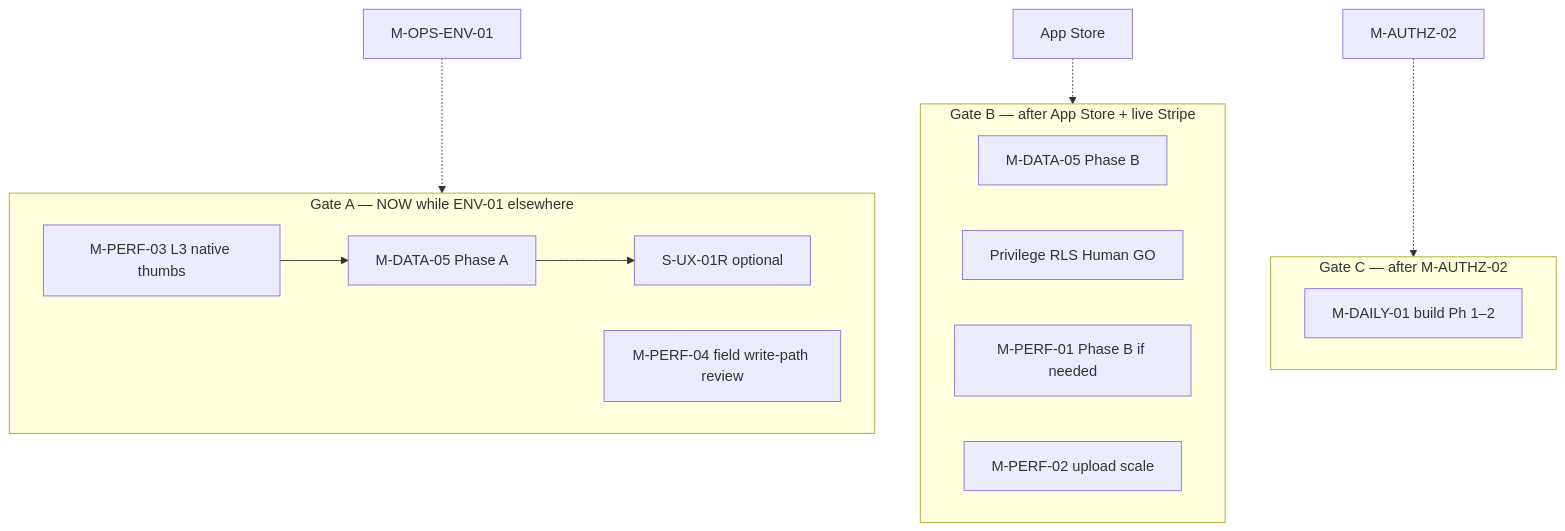
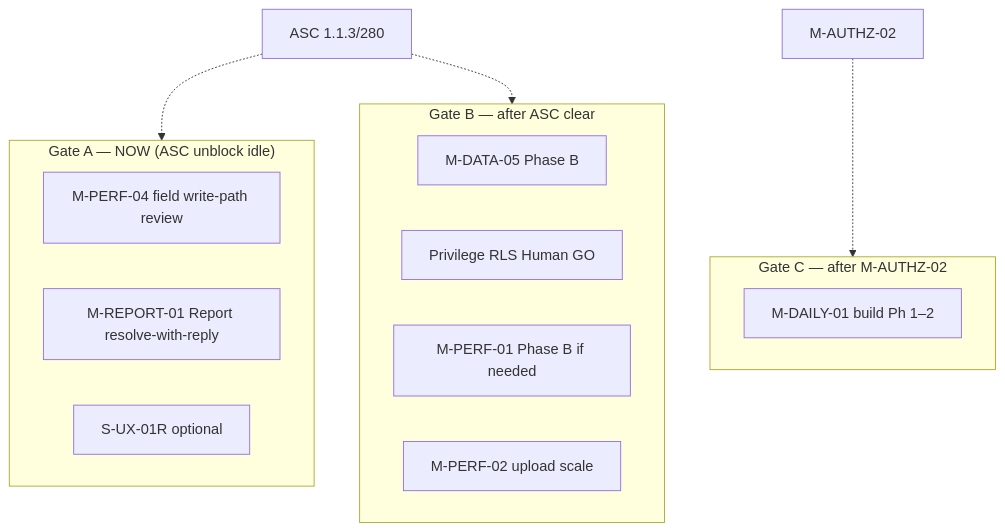
Before and after one commit to insitetechltd/buildtrack: the second of 3 diagrams in documentation/ROADMAP.md, drawn with Mermaid. The commit also changed other lines of this file and 2 other files, not shown here.

First line of the commit message:
docs: refresh ROADMAP/NOW/AGENTS to match tip reality (#18)

````diff
--- a/documentation/ROADMAP.md
+++ b/documentation/ROADMAP.md
@@ -47,23 +48,23 @@
 ```mermaid
 flowchart TB
-  subgraph gateA ["Gate A — NOW while ENV-01 elsewhere"]
-    P03["M-PERF-03 L3 native thumbs"] --> D05A["M-DATA-05 Phase A"]
-    D05A --> UX01R["S-UX-01R optional"]
+  subgraph gateA ["Gate A — NOW (ASC unblock idle)"]
     P04["M-PERF-04 field write-path review"]
+    REPORT["M-REPORT-01 Report resolve-with-reply"]
+    UX01R["S-UX-01R optional"]
   end
 
-  subgraph gateB ["Gate B — after App Store + live Stripe"]
+  subgraph gateB ["Gate B — after ASC clear"]
     D05B["M-DATA-05 Phase B"]
     RLS["Privilege RLS Human GO"]
     P01B["M-PERF-01 Phase B if needed"]
     P02["M-PERF-02 upload scale"]
   end
 
   subgraph gateC ["Gate C — after M-AUTHZ-02"]
     DAILY["M-DAILY-01 build Ph 1–2"]
   end
 
-  ENV1["M-OPS-ENV-01"] -.-> gateA
-  STORE1["App Store"] -.-> gateB
+  ASC1["ASC 1.1.3/280"] -.-> gateA
+  ASC1 -.-> gateB
   A02["M-AUTHZ-02"] -.-> gateC
 ```
````
